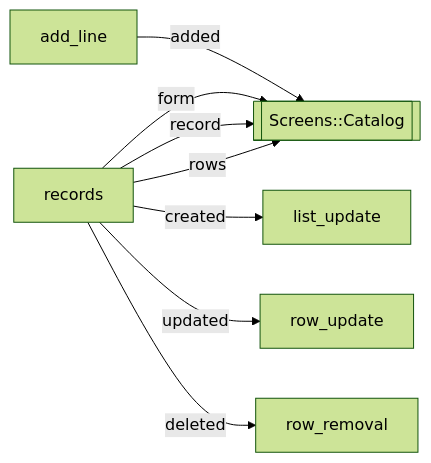
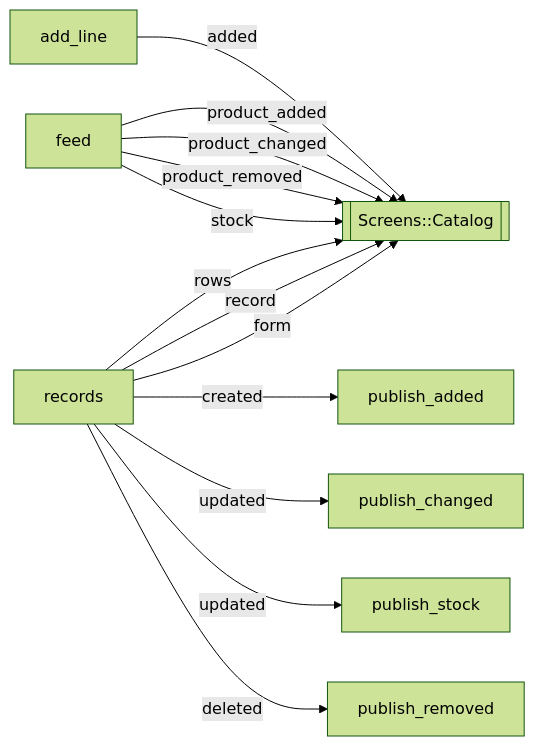
One commit to modellurgist/ala_variants_ruby changed the diagram in v07-plain-features/docs/diagrams/catalog.md. Above: the diagram before and after it, drawn with Mermaid (forest theme). The commit also changed 592 other files, not shown here.

````diff
--- a/v07-plain-features/docs/diagrams/catalog.md
+++ b/v07-plain-features/docs/diagrams/catalog.md
@@ -3,16 +3,23 @@
 ```mermaid
 flowchart LR
   screen[[Screens::Catalog]]
   records[records]
   add_line[add_line]
-  list_update[list_update]
-  row_update[row_update]
-  row_removal[row_removal]
+  feed[feed]
+  publish_added[publish_added]
+  publish_changed[publish_changed]
+  publish_removed[publish_removed]
+  publish_stock[publish_stock]
   records -- rows --> screen
   records -- record --> screen
   records -- form --> screen
-  records -- created --> list_update
-  records -- updated --> row_update
-  records -- deleted --> row_removal
+  records -- created --> publish_added
+  records -- updated --> publish_changed
+  records -- updated --> publish_stock
+  records -- deleted --> publish_removed
   add_line -- added --> screen
+  feed -- product_added --> screen
+  feed -- product_changed --> screen
+  feed -- product_removed --> screen
+  feed -- stock --> screen
 ```
````
